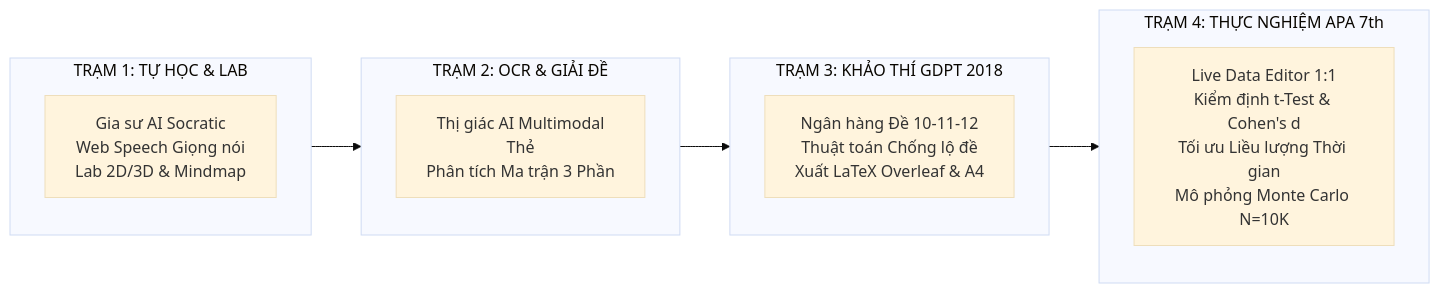
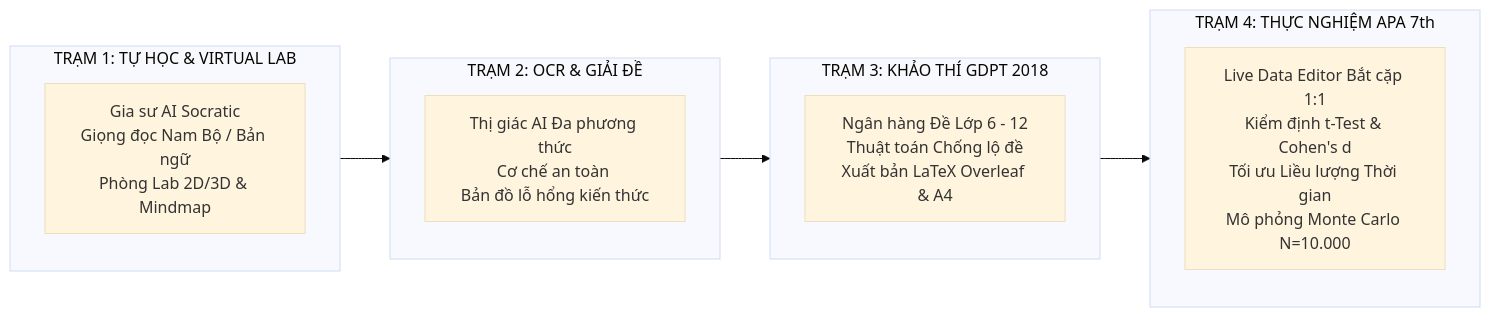
Before and after one commit to pmtgiaitichk15khkt01-cmd/GSAI_THPTTH2026: the diagram in README.md, drawn with Mermaid (base theme). The commit also changed other lines of this file, not shown here.

````diff
--- a/README.md
+++ b/README.md
@@ -42,16 +53,16 @@
 ```mermaid
 flowchart LR
-    subgraph S1 ["TRẠM 1: TỰ HỌC & LAB"]
-        T1["Gia sư AI Socratic<br/>Web Speech Giọng nói<br/>Lab 2D/3D & Mindmap"]
+    subgraph S1 ["TRẠM 1: TỰ HỌC & VIRTUAL LAB"]
+        T1["Gia sư AI Socratic<br/>Giọng đọc Nam Bộ / Bản ngữ<br/>Phòng Lab 2D/3D & Mindmap"]
     end
     subgraph S2 ["TRẠM 2: OCR & GIẢI ĐỀ"]
-        T2["Thị giác AI Multimodal<br/>Thẻ <CONFIRM_ASK><br/>Phân tích Ma trận 3 Phần"]
+        T2["Thị giác AI Đa phương thức<br/>Cơ chế an toàn <CONFIRM_ASK><br/>Bản đồ lỗ hổng kiến thức"]
     end
     subgraph S3 ["TRẠM 3: KHẢO THÍ GDPT 2018"]
-        T3["Ngân hàng Đề 10-11-12<br/>Thuật toán Chống lộ đề<br/>Xuất LaTeX Overleaf & A4"]
+        T3["Ngân hàng Đề Lớp 6 - 12<br/>Thuật toán Chống lộ đề<br/>Xuất bản LaTeX Overleaf & A4"]
     end
     subgraph S4 ["TRẠM 4: THỰC NGHIỆM APA 7th"]
-        T4["Live Data Editor 1:1<br/>Kiểm định t-Test & Cohen's d<br/>Tối ưu Liều lượng Thời gian<br/>Mô phỏng Monte Carlo N=10K"]
+        T4["Live Data Editor Bắt cặp 1:1<br/>Kiểm định t-Test & Cohen's d<br/>Tối ưu Liều lượng Thời gian<br/>Mô phỏng Monte Carlo N=10.000"]
     end
     S1 --> S2 --> S3 --> S4
 ```
````
